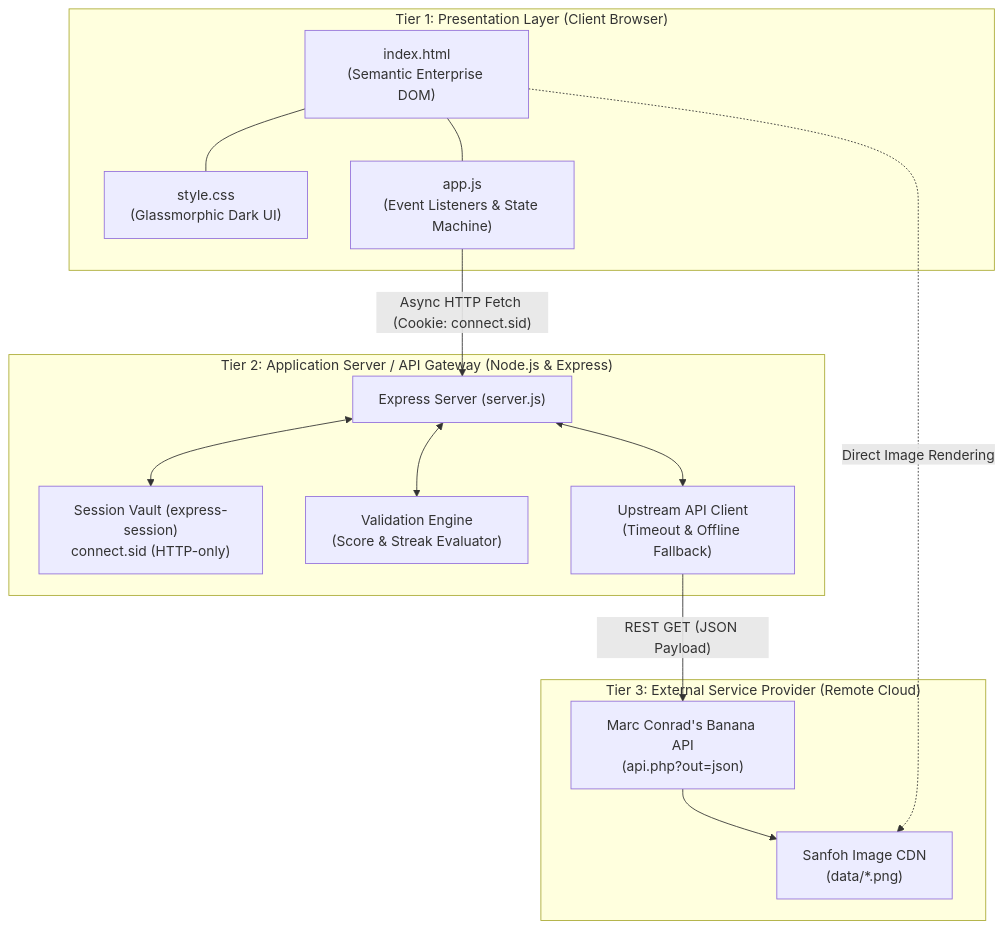
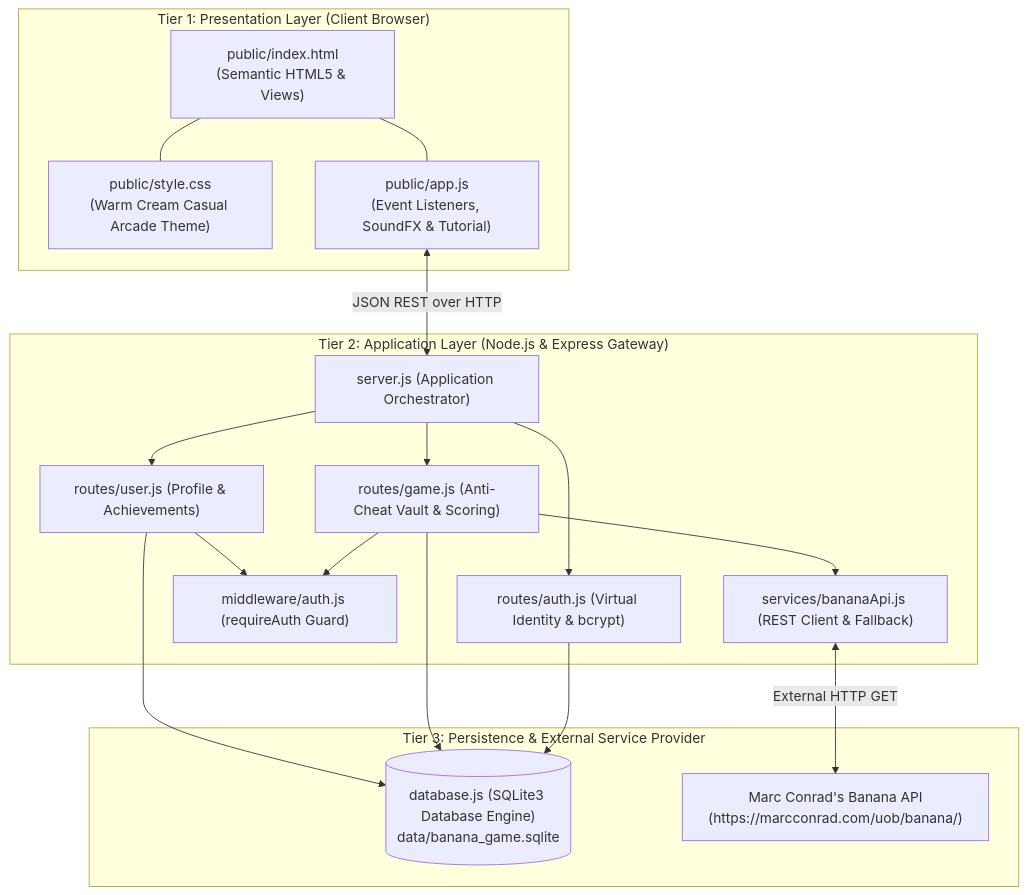
One commit to utsab8/Banana-Game-for-Software-for-Enterprise changed the second of 2 diagrams in plan.md. Above: the diagram before and after it, drawn with Mermaid. The commit also changed other lines of this file and 6 other files, not shown here.

````diff
--- a/plan.md
+++ b/plan.md
@@ -106,30 +96,37 @@
 ```mermaid
 graph TD
     subgraph "Tier 1: Presentation Layer (Client Browser)"
-        HTML["index.html<br>(Semantic Enterprise DOM)"]
-        CSS["style.css<br>(Glassmorphic Dark UI)"]
-        JS["app.js<br>(Event Listeners & State Machine)"]
+        HTML["public/index.html<br>(Semantic HTML5 & Views)"]
+        CSS["public/style.css<br>(Warm Cream Casual Arcade Theme)"]
+        JS["public/app.js<br>(Event Listeners, SoundFX & Tutorial)"]
         HTML --- CSS
         HTML --- JS
     end
 
-    subgraph "Tier 2: Application Server / API Gateway (Node.js & Express)"
-        EXP["Express Server (server.js)"]
-        SESS["Session Vault (express-session)<br>connect.sid (HTTP-only)"]
-        VAL["Validation Engine<br>(Score & Streak Evaluator)"]
-        PROXY["Upstream API Client<br>(Timeout & Offline Fallback)"]
-        EXP <--> SESS
-        EXP <--> VAL
-        EXP <--> PROXY
+    subgraph "Tier 2: Application Layer (Node.js & Express Gateway)"
+        EXP["server.js (Application Orchestrator)"]
+        AUTH["routes/auth.js (Virtual Identity & bcrypt)"]
+        GAME["routes/game.js (Anti-Cheat Vault & Scoring)"]
+        USER["routes/user.js (Profile & Achievements)"]
+        MID["middleware/auth.js (requireAuth Guard)"]
+        BANANA["services/bananaApi.js (REST Client & Fallback)"]
+        
+        EXP --> AUTH
+        EXP --> GAME
+        EXP --> USER
+        GAME --> MID
+        USER --> MID
+        GAME --> BANANA
     end
 
-    subgraph "Tier 3: External Service Provider (Remote Cloud)"
-        API["Marc Conrad's Banana API<br>(api.php?out=json)"]
-        CDN["Sanfoh Image CDN<br>(data/*.png)"]
-        API --> CDN
+    subgraph "Tier 3: Persistence & External Service Provider"
+        DB[("database.js (SQLite3 Database Engine)<br>data/banana_game.sqlite")]
+        API["Marc Conrad's Banana API<br>(https://marcconrad.com/uob/banana/)"]
     end
 
-    JS -- "Async HTTP Fetch (Cookie: connect.sid)" --> EXP
-    PROXY -- "REST GET (JSON Payload)" --> API
-    HTML -. "Direct Image Rendering" .-> CDN
+    JS <-->|JSON REST over HTTP| EXP
+    AUTH --> DB
+    GAME --> DB
+    USER --> DB
+    BANANA <-->|External HTTP GET| API
 ```
````
